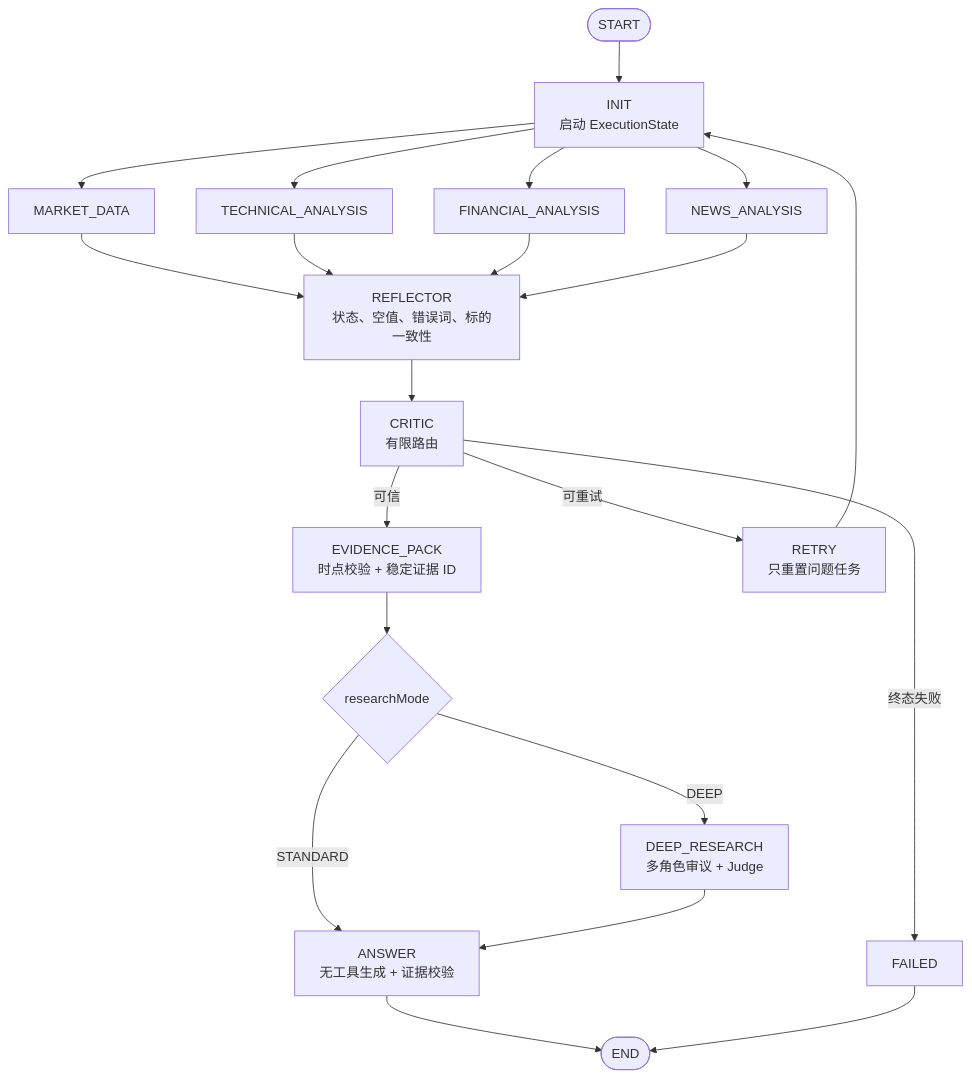
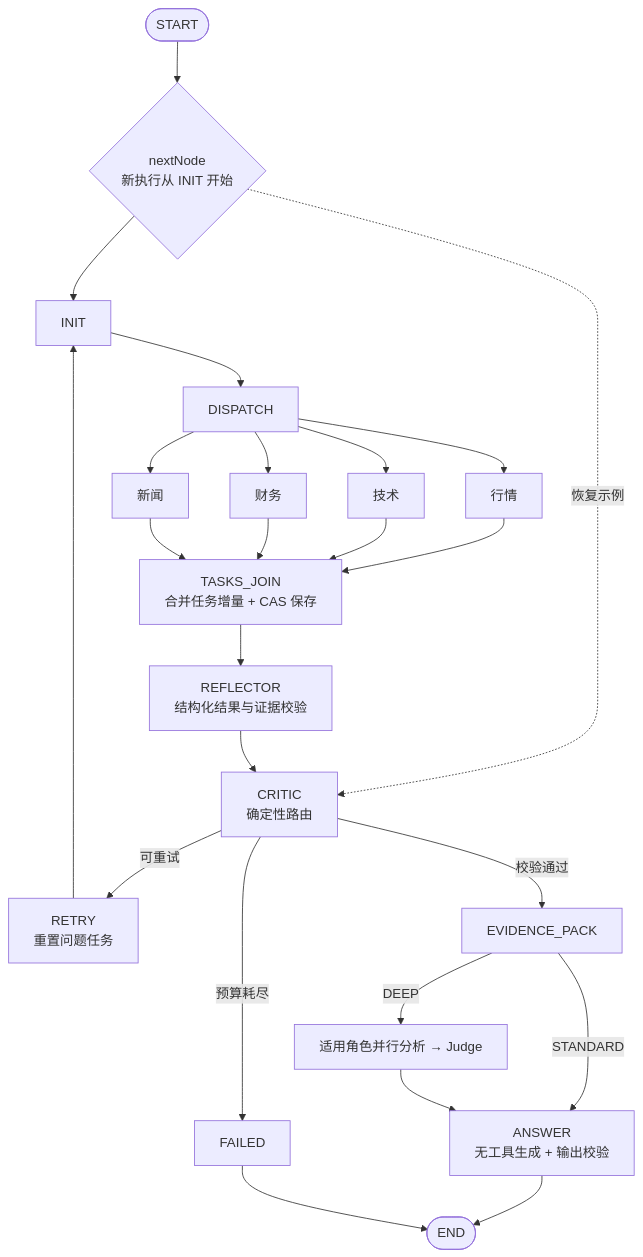
Before and after one commit to LJLExplorer/ai-stock-agent-langchain4j: the second of 2 diagrams in README.md, drawn with Mermaid. The commit also changed other lines of this file and 2 other files, not shown here.

````diff
--- a/README.md
+++ b/README.md
@@ -240,23 +151,26 @@
 ```mermaid
 flowchart TD
-    Start([START]) --> Init["INIT<br/>启动 ExecutionState"]
-    Init --> Market["MARKET_DATA"]
-    Init --> Technical["TECHNICAL_ANALYSIS"]
-    Init --> Financial["FINANCIAL_ANALYSIS"]
-    Init --> News["NEWS_ANALYSIS"]
-    Market --> Reflector["REFLECTOR<br/>状态、空值、错误词、标的一致性"]
-    Technical --> Reflector
-    Financial --> Reflector
-    News --> Reflector
-    Reflector --> Critic["CRITIC<br/>有限路由"]
-    Critic -->|可信| Pack["EVIDENCE_PACK<br/>时点校验 + 稳定证据 ID"]
-    Critic -->|可重试| Retry["RETRY<br/>只重置问题任务"]
-    Critic -->|终态失败| Failed["FAILED"]
+    Start([START]) --> Entry{"nextNode<br/>新执行从 INIT 开始"}
+    Entry --> Init["INIT"]
+    Entry -.->|恢复示例| Critic
+    Init --> Dispatch["DISPATCH"]
+    Dispatch --> Market["行情"]
+    Dispatch --> Technical["技术"]
+    Dispatch --> Financial["财务"]
+    Dispatch --> News["新闻"]
+    Market --> Join["TASKS_JOIN<br/>合并任务增量 + CAS 保存"]
+    Technical --> Join
+    Financial --> Join
+    News --> Join
+    Join --> Reflector["REFLECTOR<br/>结构化结果与证据校验"]
+    Reflector --> Critic["CRITIC<br/>确定性路由"]
+    Critic -->|可重试| Retry["RETRY<br/>重置问题任务"]
     Retry --> Init
-    Pack --> Mode{"researchMode"}
-    Mode -->|STANDARD| Answer["ANSWER<br/>无工具生成 + 证据校验"]
-    Mode -->|DEEP| Deep["DEEP_RESEARCH<br/>多角色审议 + Judge"]
+    Critic -->|预算耗尽| Failed["FAILED"]
+    Critic -->|校验通过| Pack["EVIDENCE_PACK"]
+    Pack -->|STANDARD| Answer["ANSWER<br/>无工具生成 + 输出校验"]
+    Pack -->|DEEP| Deep["适用角色并行分析 → Judge"]
     Deep --> Answer
     Answer --> End([END])
     Failed --> End
 ```
````
